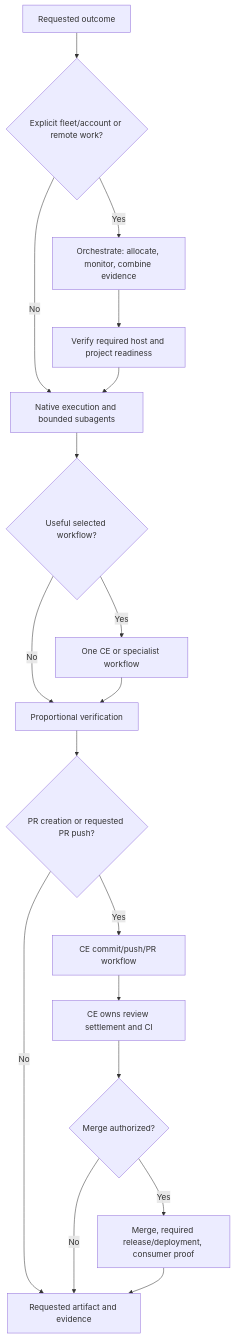
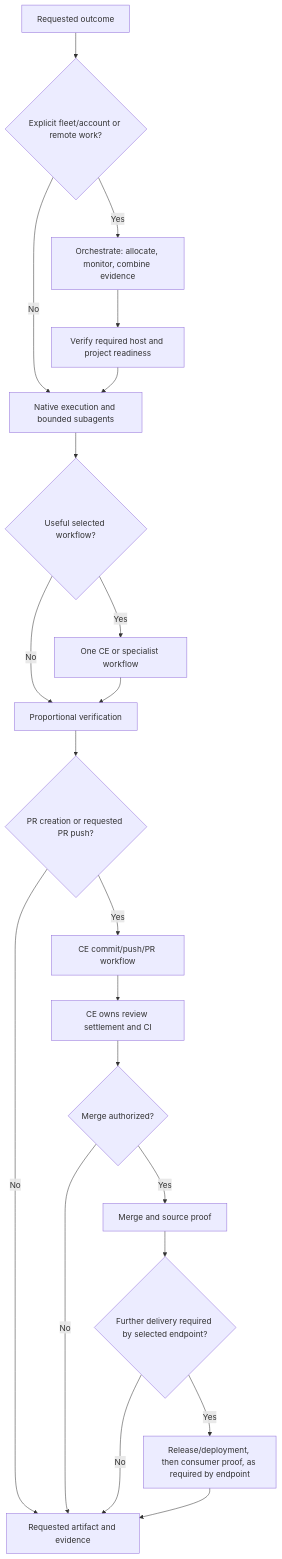
Before and after one commit to novotnyllc/railyard: the diagram in docs/delivery-workflows.md, drawn with Mermaid. The commit also changed 6 other files, not shown here.

````diff
--- a/docs/delivery-workflows.md
+++ b/docs/delivery-workflows.md
@@ -29,20 +29,23 @@
 ```mermaid
 flowchart TD
     request["Requested outcome"] --> placement{"Explicit fleet/account or remote work?"}
     placement -- No --> local["Native execution and bounded subagents"]
     placement -- Yes --> orchestration["Orchestrate: allocate, monitor, combine evidence"]
     orchestration --> readiness["Verify required host and project readiness"]
     readiness --> local
     local --> workflow{"Useful selected workflow?"}
     workflow -- Yes --> ce["One CE or specialist workflow"]
     workflow -- No --> check["Proportional verification"]
     ce --> check
     check --> publish{"PR creation or requested PR push?"}
     publish -- Yes --> pr["CE commit/push/PR workflow"]
     publish -- No --> result["Requested artifact and evidence"]
     pr --> settlement["CE owns review settlement and CI"]
     settlement --> terminal{"Merge authorized?"}
     terminal -- No --> result
-    terminal -- Yes --> proof["Merge, required release/deployment, consumer proof"]
+    terminal -- Yes --> merged["Merge and source proof"]
+    merged --> tail{"Further delivery required by selected endpoint?"}
+    tail -- No --> result
+    tail -- Yes --> proof["Release/deployment, then consumer proof, as required by endpoint"]
     proof --> result
 ```
````
